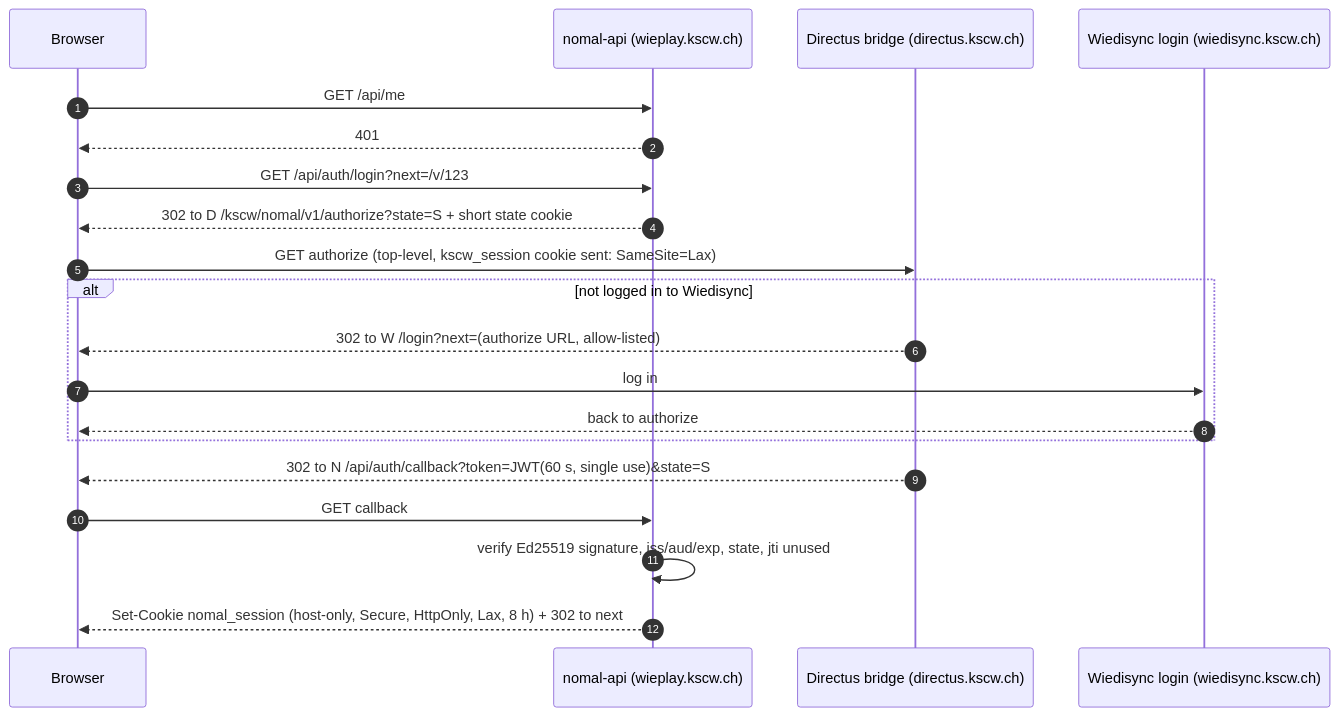
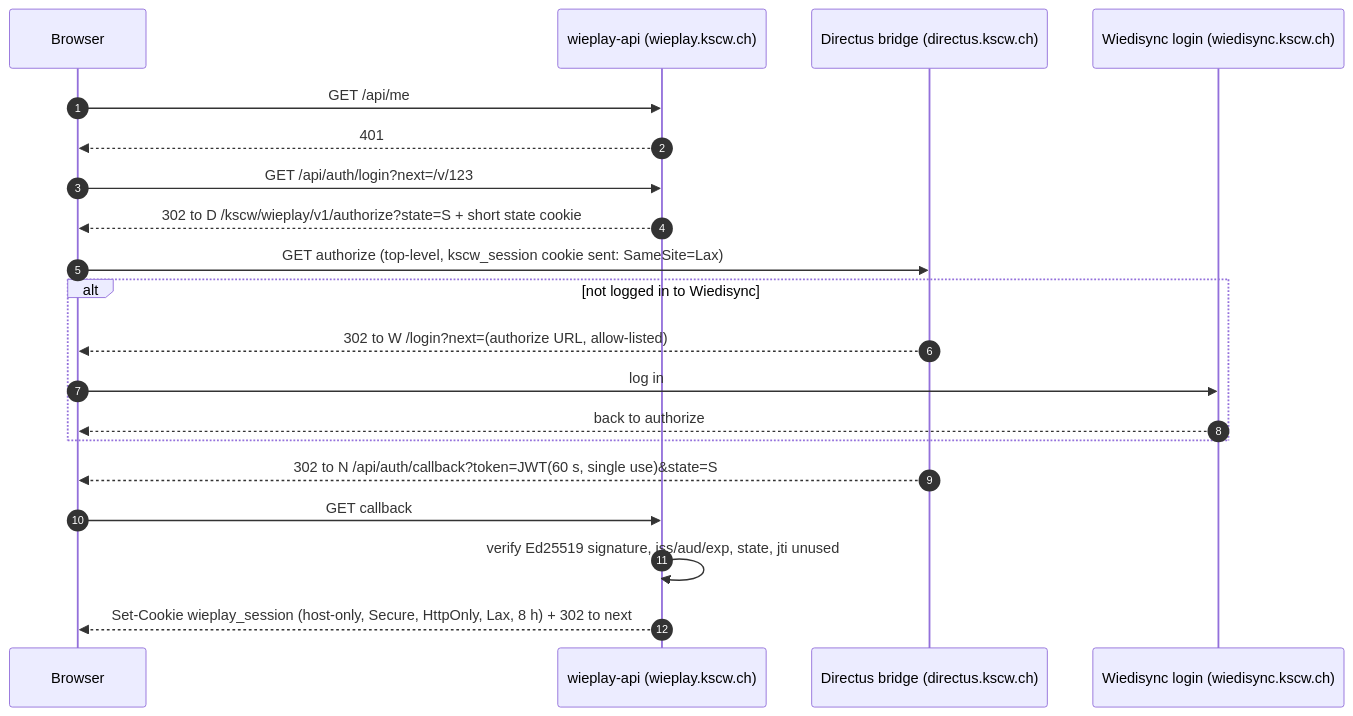
Before and after one commit to KSC-Wiedikon/wieplay: the second of 4 diagrams in docs/PLAN.md, drawn with Mermaid. The commit also changed other lines of this file and 333 other files, not shown here.

First line of the commit message:
Full rename: nomal → wieplay in code, settings, containers and the bridge

````diff
--- a/docs/PLAN.md
+++ b/docs/PLAN.md
@@ -208,23 +208,23 @@
 ```mermaid
 sequenceDiagram
   autonumber
   participant B as Browser
-  participant N as nomal-api (wieplay.kscw.ch)
+  participant N as wieplay-api (wieplay.kscw.ch)
   participant D as Directus bridge (directus.kscw.ch)
   participant W as Wiedisync login (wiedisync.kscw.ch)
 
   B->>N: GET /api/me
   N-->>B: 401
   B->>N: GET /api/auth/login?next=/v/123
-  N-->>B: 302 to D /kscw/nomal/v1/authorize?state=S + short state cookie
+  N-->>B: 302 to D /kscw/wieplay/v1/authorize?state=S + short state cookie
   B->>D: GET authorize (top-level, kscw_session cookie sent: SameSite=Lax)
   alt not logged in to Wiedisync
     D-->>B: 302 to W /login?next=(authorize URL, allow-listed)
     B->>W: log in
     W-->>B: back to authorize
   end
   D-->>B: 302 to N /api/auth/callback?token=JWT(60 s, single use)&state=S
   B->>N: GET callback
   N->>N: verify Ed25519 signature, iss/aud/exp, state, jti unused
-  N-->>B: Set-Cookie nomal_session (host-only, Secure, HttpOnly, Lax, 8 h) + 302 to next
+  N-->>B: Set-Cookie wieplay_session (host-only, Secure, HttpOnly, Lax, 8 h) + 302 to next
 ```
````
